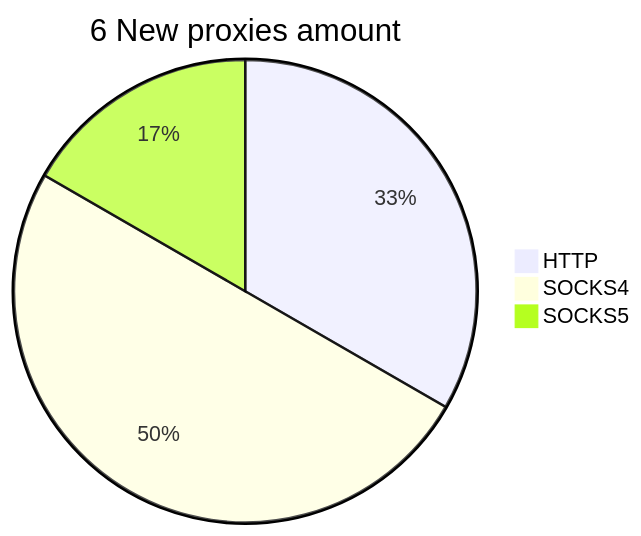
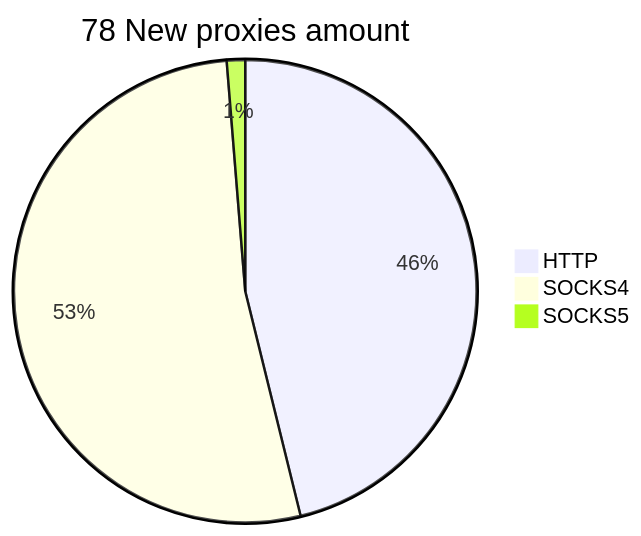
One commit to cutipu/proxylist changed the second of 2 diagrams in README.md. Above: the diagram before and after it, drawn with Mermaid. The commit also changed other lines of this file, not shown here.

````diff
--- a/README.md
+++ b/README.md
@@ -10,6 +10,6 @@
 ```mermaid
-pie title 6 New proxies amount
-    "HTTP" : 2
-    "SOCKS4" : 3
+pie title 78 New proxies amount
+    "HTTP" : 36
+    "SOCKS4" : 41
     "SOCKS5" : 1
 ```
````
